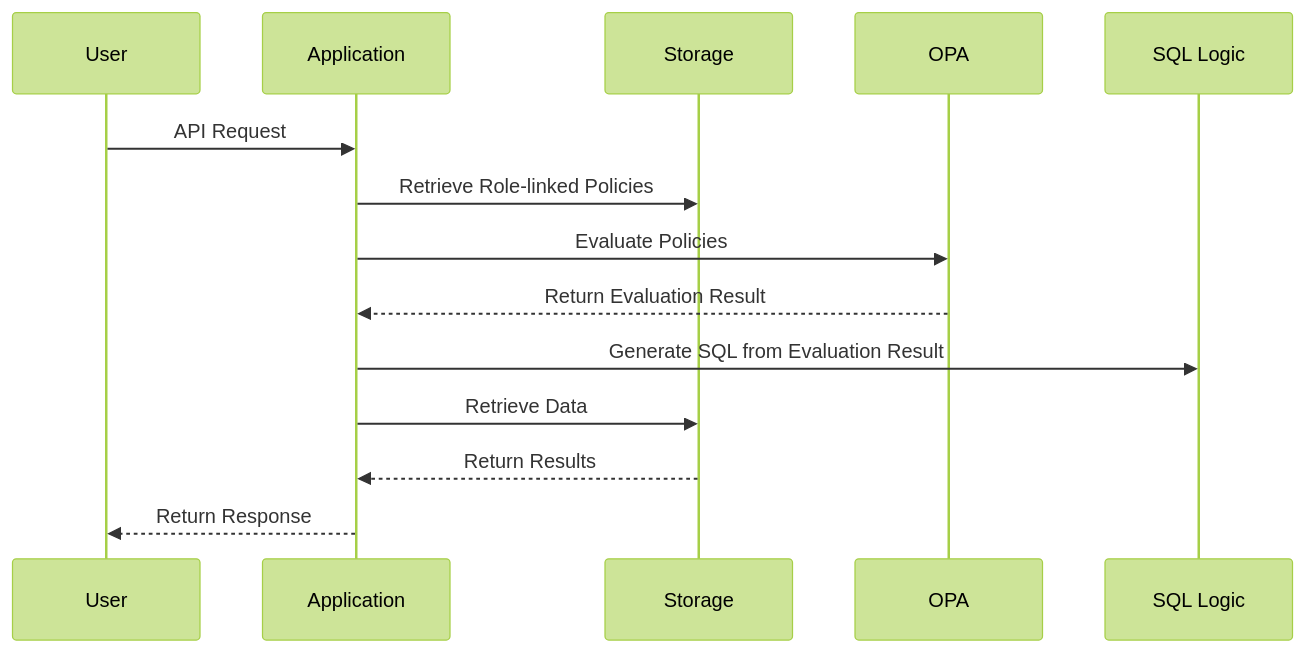
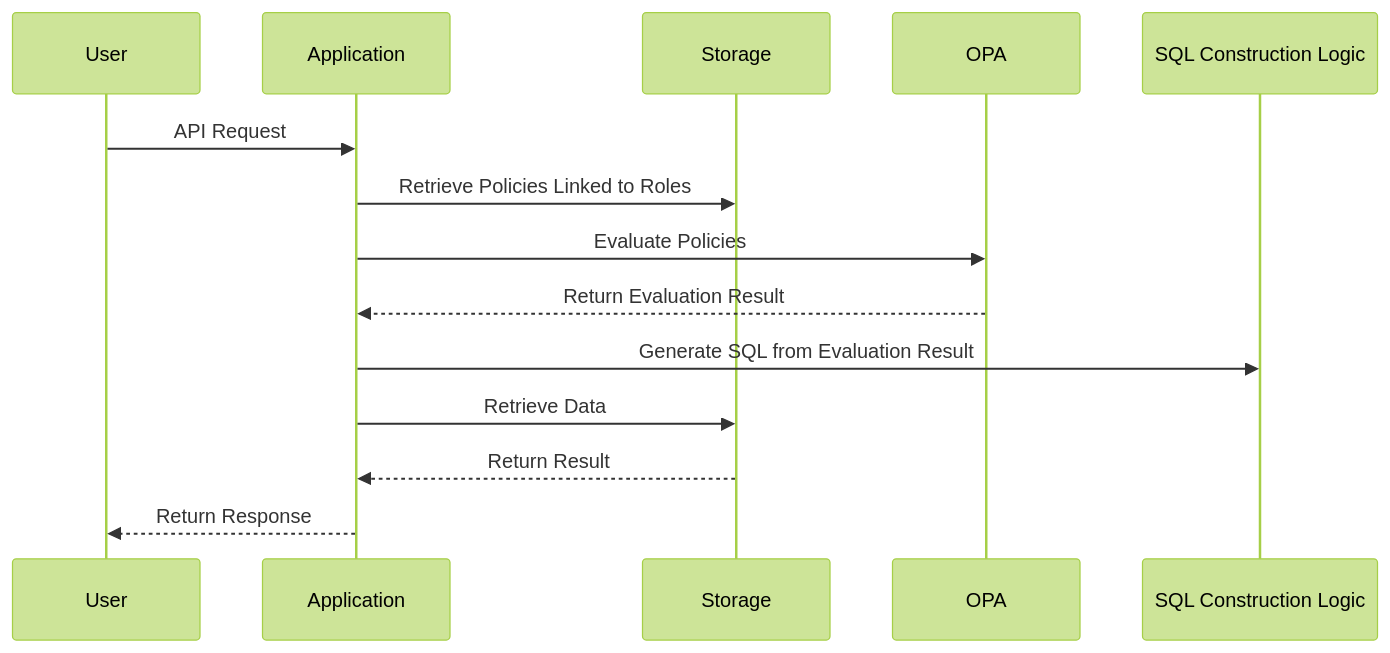
One commit to bmf-san/bmf-tech changed the second of 2 diagrams in content/en/posts/access-control-patterns-using-opa.md. Above: the diagram before and after it, drawn with Mermaid (forest theme). The commit also changed other lines of this file and 989 other files, not shown here.

````diff
--- a/content/en/posts/access-control-patterns-using-opa.md
+++ b/content/en/posts/access-control-patterns-using-opa.md
@@ -112,17 +111,17 @@
 ```mermaid
 sequenceDiagram
     participant User as User
     participant App as Application
     participant RoleDB as Storage
     participant OPA as OPA
-    participant SQL as SQL Logic
+    participant SQL as SQL Construction Logic
 
     User->>App: API Request
-    App->>RoleDB: Retrieve Role-linked Policies
+    App->>RoleDB: Retrieve Policies Linked to Roles
     App->>OPA: Evaluate Policies
     OPA-->>App: Return Evaluation Result
     App->>SQL: Generate SQL from Evaluation Result
     App->>RoleDB: Retrieve Data
-    RoleDB-->>App: Return Results
+    RoleDB-->>App: Return Result
     App-->>User: Return Response
 ```
````
